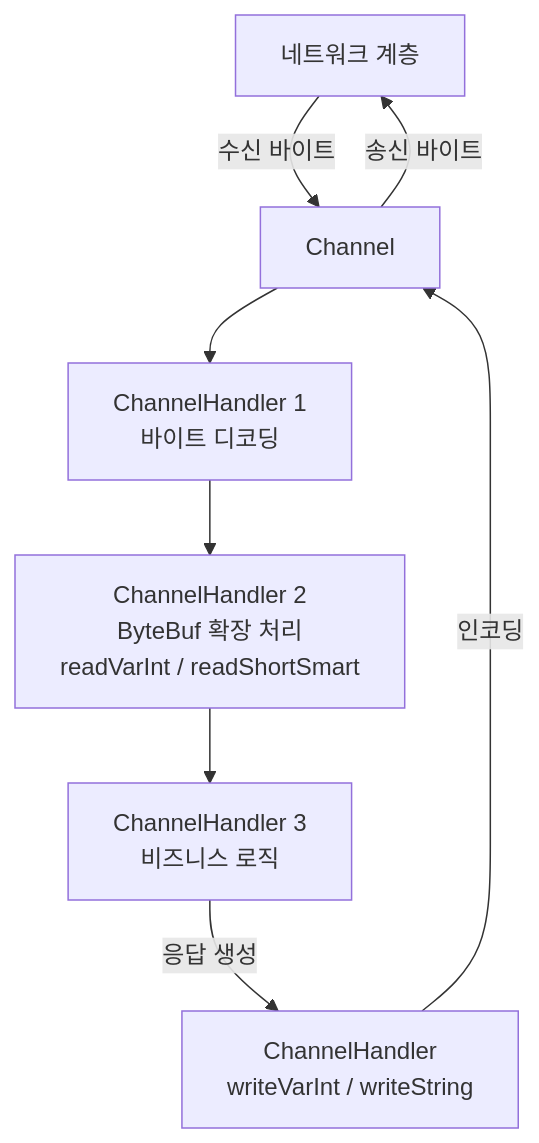
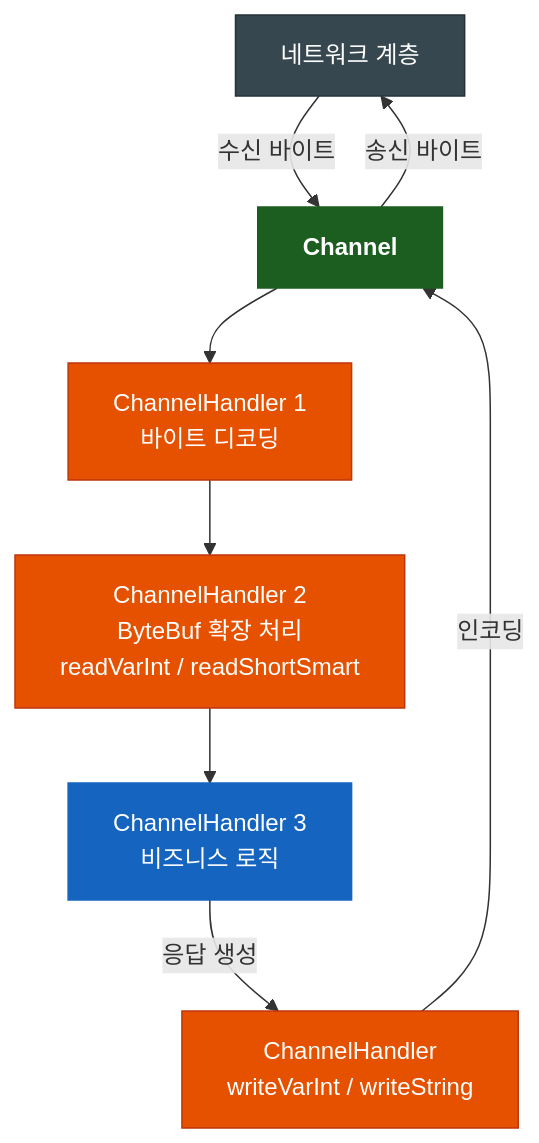
The third of 3 diagrams in io/netty/README.ko.md (bluetape4k/bluetape4k-projects), drawn with Mermaid before and after one commit. The commit also changed other lines of this file and 221 other files, not shown here.

First line of the commit message:
docs: 전체 모듈 README UML 다이어그램 보강 및 색상 업그레이드

````diff
--- a/io/netty/README.ko.md
+++ b/io/netty/README.ko.md
@@ -262,10 +272,21 @@
 ```mermaid
 flowchart TD
     NET[네트워크 계층] -->|수신 바이트| CH[Channel]
     CH --> P1[ChannelHandler 1<br/>바이트 디코딩]
     P1 --> P2[ChannelHandler 2<br/>ByteBuf 확장 처리<br/>readVarInt / readShortSmart]
     P2 --> P3[ChannelHandler 3<br/>비즈니스 로직]
     P3 -->|응답 생성| W1[ChannelHandler<br/>writeVarInt / writeString]
     W1 -->|인코딩| CH
     CH -->|송신 바이트| NET
+
+    classDef extStyle fill:#37474F,stroke:#263238,color:#FFFFFF
+    classDef serviceStyle fill:#1565C0,stroke:#1565C0,color:#FFFFFF
+    classDef utilStyle fill:#E65100,stroke:#BF360C,color:#FFFFFF
+    classDef coreStyle fill:#1B5E20,stroke:#1B5E20,color:#FFFFFF,font-weight:bold
+
+    class NET extStyle
+    class CH coreStyle
+    class P1,W1 utilStyle
+    class P2 utilStyle
+    class P3 serviceStyle
 ```
````
